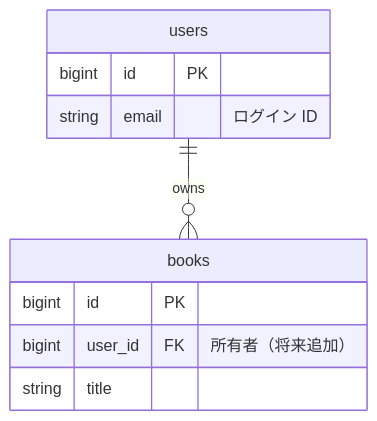
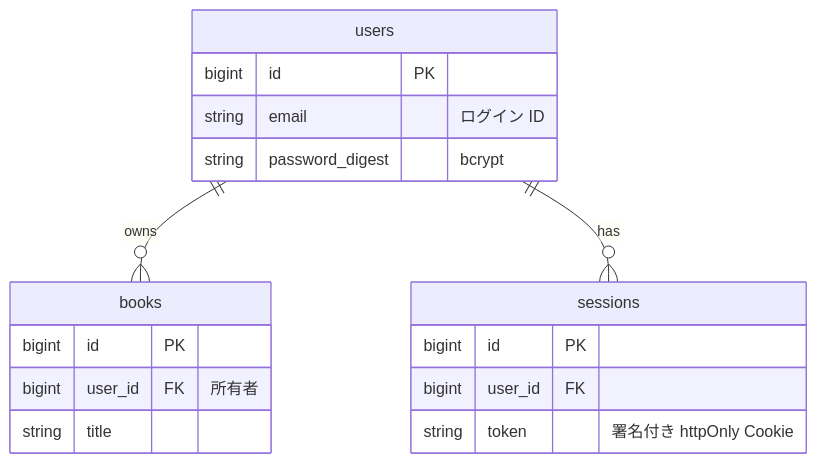
Before and after one commit to adamaru-code/reading-board: the fourth of 7 diagrams in docs/basic-design.md, drawn with Mermaid. The commit also changed other lines of this file and 2 other files, not shown here.

````diff
--- a/docs/basic-design.md
+++ b/docs/basic-design.md
@@ -101,13 +100,20 @@
 ```mermaid
 erDiagram
     users ||--o{ books : "owns"
+    users ||--o{ sessions : "has"
     users {
         bigint id PK
         string email "ログイン ID"
+        string password_digest "bcrypt"
+    }
+    sessions {
+        bigint id PK
+        bigint user_id FK
+        string token "署名付き httpOnly Cookie"
     }
     books {
         bigint id PK
-        bigint user_id FK "所有者（将来追加）"
+        bigint user_id FK "所有者"
         string title
     }
 ```
````
